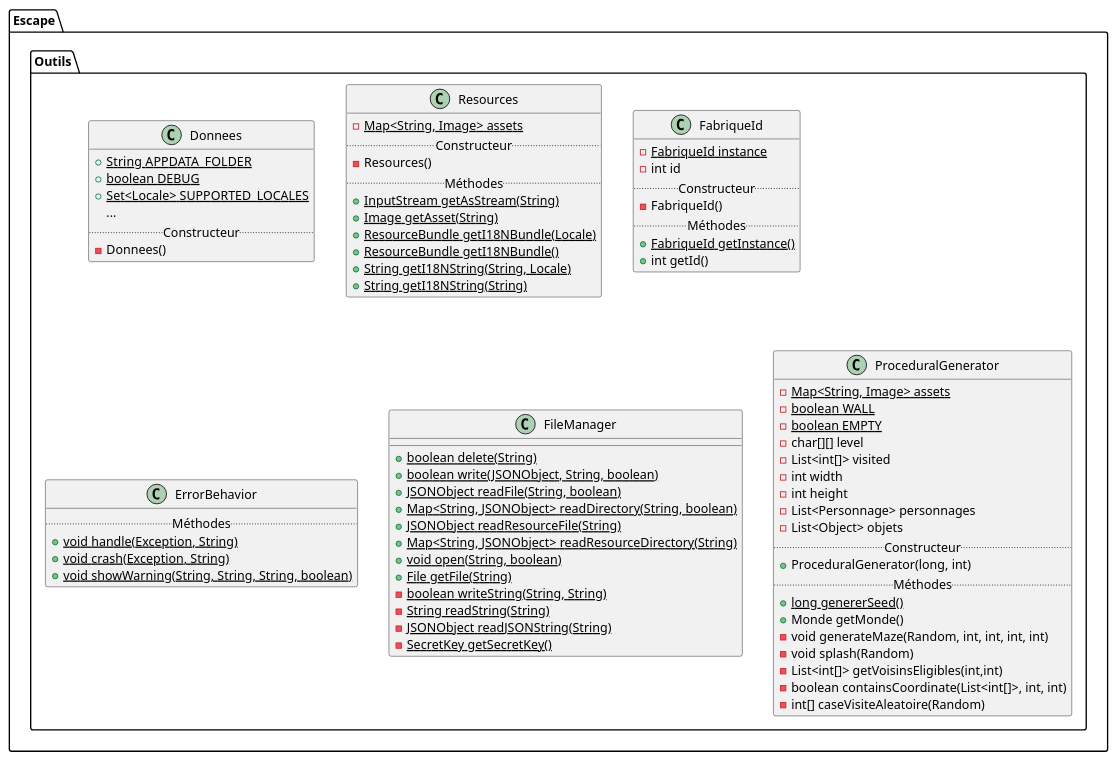
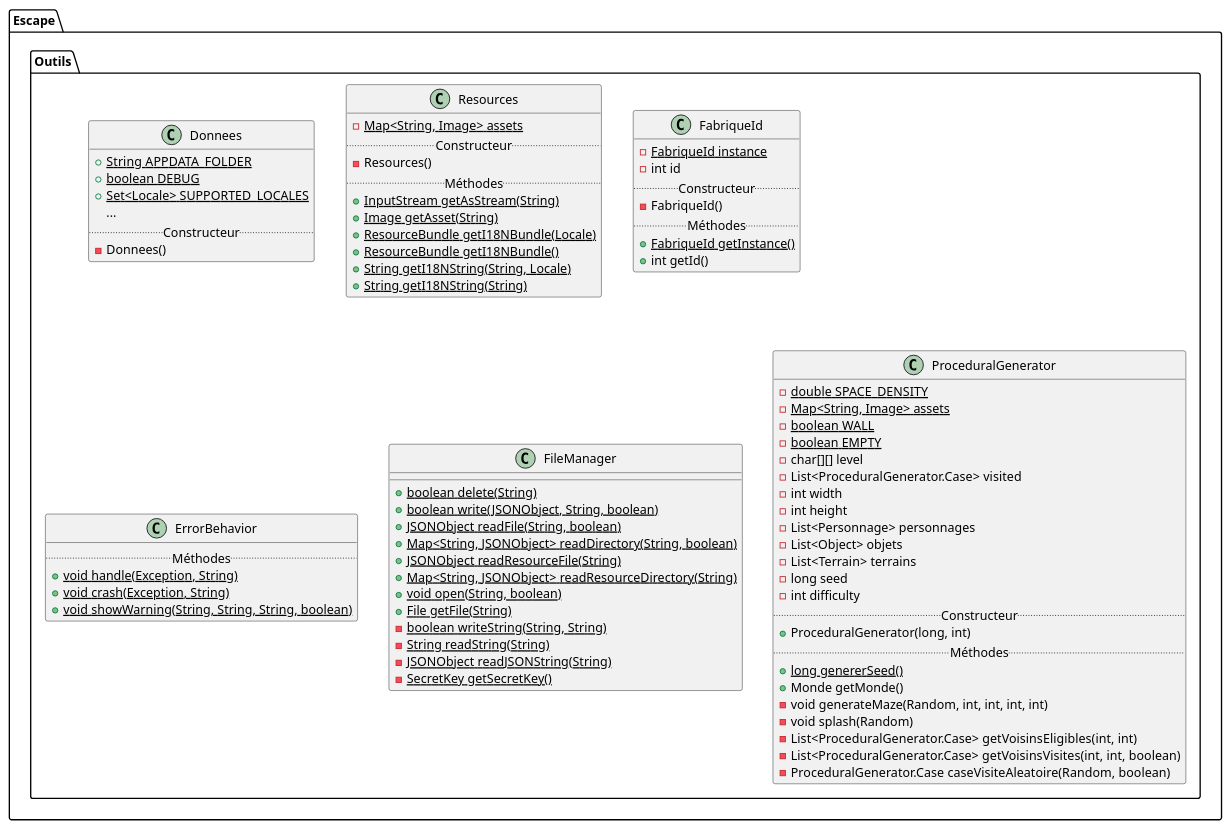
The diagram in docs/uml/class-diagram-outils.puml (victord54/escape), drawn with PlantUML before and after one commit. The commit also changed 5 other files, not shown here.

Commit message:
add affichage niveau + update uml

```diff
--- a/docs/uml/class-diagram-outils.puml
+++ b/docs/uml/class-diagram-outils.puml
@@ -1,81 +1,85 @@
 @startuml
 package Escape {
     package Outils {
         class Donnees {
             + {static} String APPDATA_FOLDER
             + {static} boolean DEBUG
             + {static} Set<Locale> SUPPORTED_LOCALES
             ...
             ..Constructeur..
             - Donnees()
         }
 
         class Resources {
             - {static} Map<String, Image> assets
             ..Constructeur..
             - Resources()
             ..Méthodes..
             + {static} InputStream getAsStream(String)
             + {static} Image getAsset(String)
             + {static} ResourceBundle getI18NBundle(Locale)
             + {static} ResourceBundle getI18NBundle()
             + {static} String getI18NString(String, Locale)
             + {static} String getI18NString(String)
         }
 
         class FabriqueId {
             - {static} FabriqueId instance
             - int id
             ..Constructeur..
             - FabriqueId()
             ..Méthodes..
             + {static} FabriqueId getInstance()
             + int getId()
         }
 
         class ErrorBehavior {
             ..Méthodes..
             + {static} void handle(Exception, String)
             + {static} void crash(Exception, String)
             + {static} void showWarning(String, String, String, boolean)
         }
 
         class FileManager {
             + {static} boolean delete(String)
             + {static} boolean write(JSONObject, String, boolean)
             + {static} JSONObject readFile(String, boolean)
             + {static} Map<String, JSONObject> readDirectory(String, boolean)
             + {static} JSONObject readResourceFile(String)
             + {static} Map<String, JSONObject> readResourceDirectory(String)
             + {static} void open(String, boolean)
             + {static} File getFile(String)
             - {static} boolean writeString(String, String)
             - {static} String readString(String)
             - {static} JSONObject readJSONString(String)
             - {static} SecretKey getSecretKey()
         }
 
         class ProceduralGenerator {
+            - {static} double SPACE_DENSITY
             - {static} Map<String, Image> assets
             - {static} boolean WALL
             - {static} boolean EMPTY
             - char[][] level
-            - List<int[]> visited
+            - List<ProceduralGenerator.Case> visited
             - int width
             - int height
             - List<Personnage> personnages
             - List<Object> objets
+            - List<Terrain> terrains
+            - long seed
+            - int difficulty
             ..Constructeur..
             + ProceduralGenerator(long, int)
             ..Méthodes..
             + {static} long genererSeed()
             + Monde getMonde()
             - void generateMaze(Random, int, int, int, int)
             - void splash(Random)
-            - List<int[]> getVoisinsEligibles(int,int)
-            - boolean containsCoordinate(List<int[]>, int, int)
-            - int[] caseVisiteAleatoire(Random)
+            - List<ProceduralGenerator.Case> getVoisinsEligibles(int, int)
+            - List<ProceduralGenerator.Case> getVoisinsVisites(int, int, boolean)
+            - ProceduralGenerator.Case caseVisiteAleatoire(Random, boolean)
         }
     }
 }
 @enduml
```
